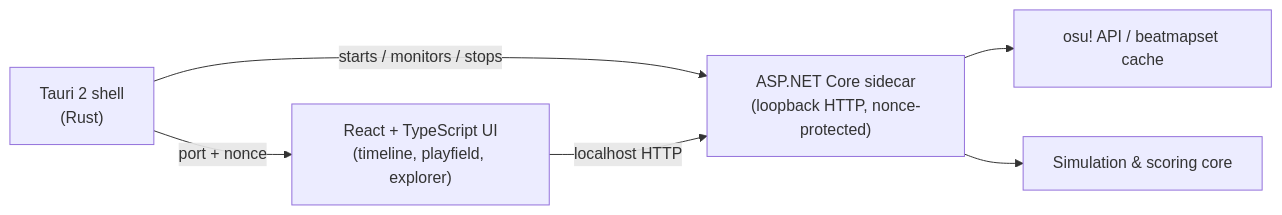
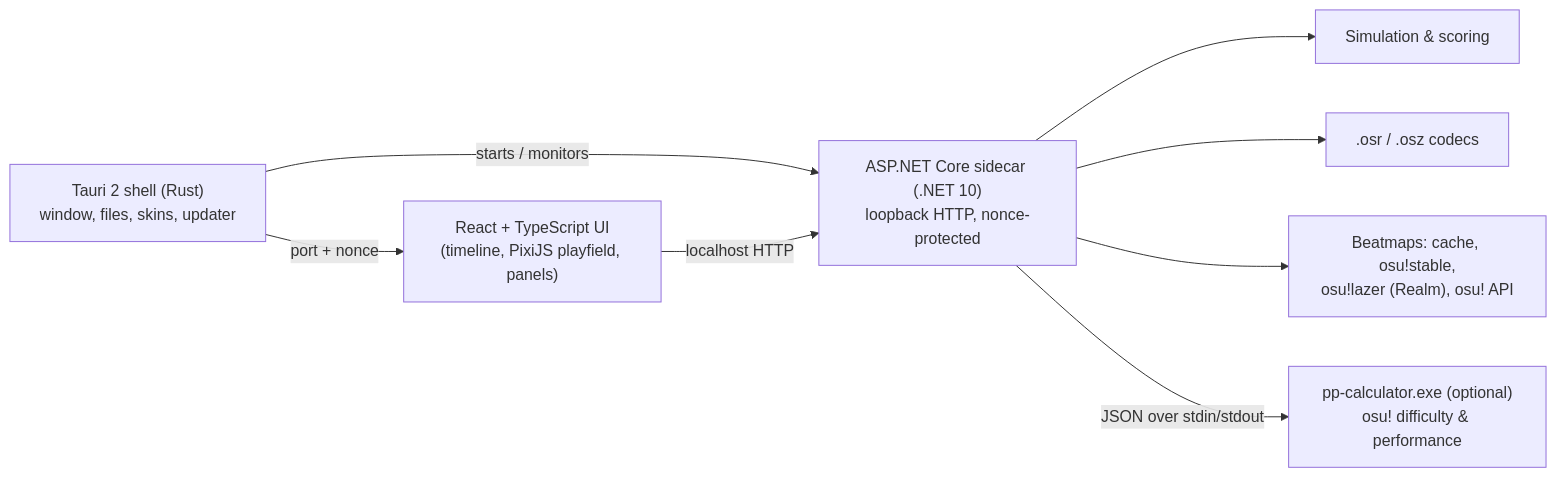
The diagram in README.md (angrabo/osu-replay-editor), drawn with Mermaid before and after one commit. The commit also changed other lines of this file, not shown here.

````diff
--- a/README.md
+++ b/README.md
@@ -46,14 +90,18 @@
 ```mermaid
 flowchart LR
-    UI["React + TypeScript UI\n(timeline, playfield, explorer)"]
-    TAURI["Tauri 2 shell\n(Rust)"]
-    API["ASP.NET Core sidecar\n(loopback HTTP, nonce-protected)"]
-    OSU["osu! API / beatmapset cache"]
-    SIM["Simulation & scoring core"]
+    UI["React + TypeScript UI\n(timeline, PixiJS playfield, panels)"]
+    TAURI["Tauri 2 shell (Rust)\nwindow, files, skins, updater"]
+    ENGINE["ASP.NET Core sidecar (.NET 10)\nloopback HTTP, nonce-protected"]
+    SIM["Simulation & scoring"]
+    CODEC[".osr / .osz codecs"]
+    MAPS["Beatmaps: cache, osu!stable,\nosu!lazer (Realm), osu! API"]
+    PP["pp-calculator.exe (optional)\nosu! difficulty & performance"]
 
-    TAURI -- "starts / monitors / stops" --> API
+    TAURI -- "starts / monitors" --> ENGINE
     TAURI -- "port + nonce" --> UI
-    UI -- "localhost HTTP" --> API
-    API --> OSU
-    API --> SIM
+    UI -- "localhost HTTP" --> ENGINE
+    ENGINE --> SIM
+    ENGINE --> CODEC
+    ENGINE --> MAPS
+    ENGINE -- "JSON over stdin/stdout" --> PP
 ```
````
